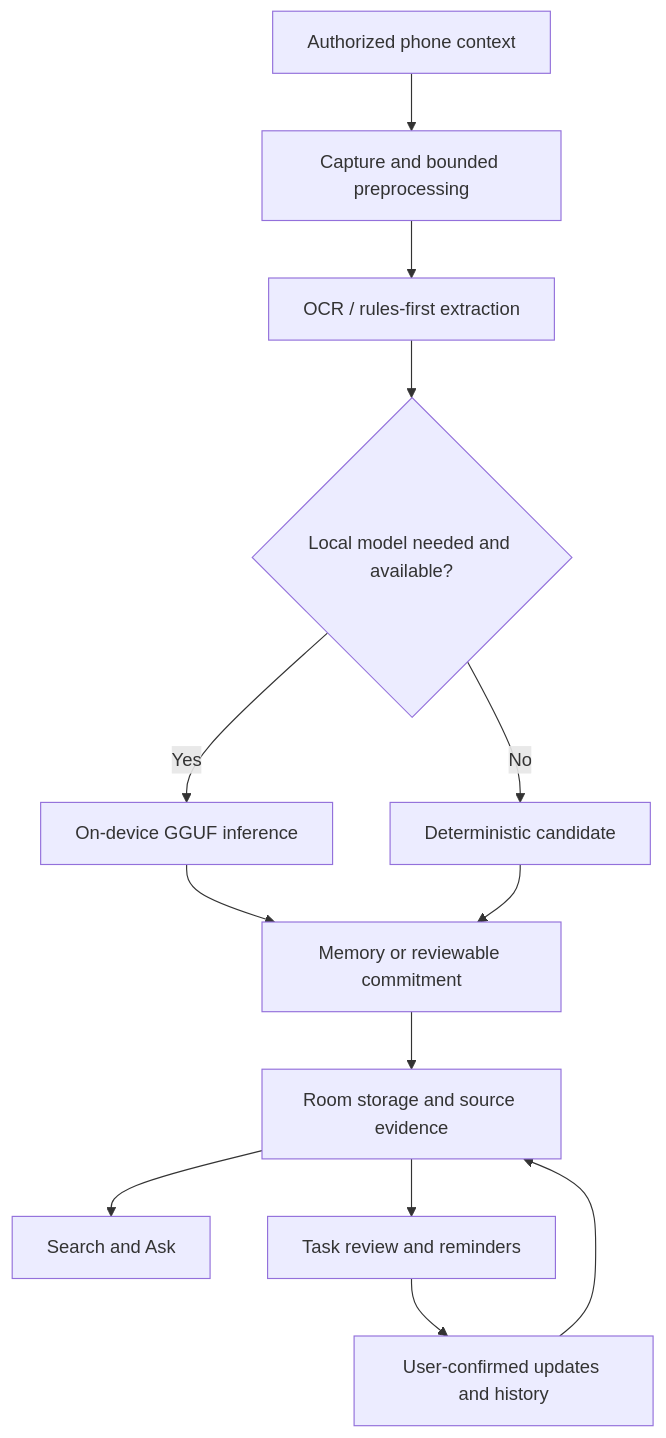
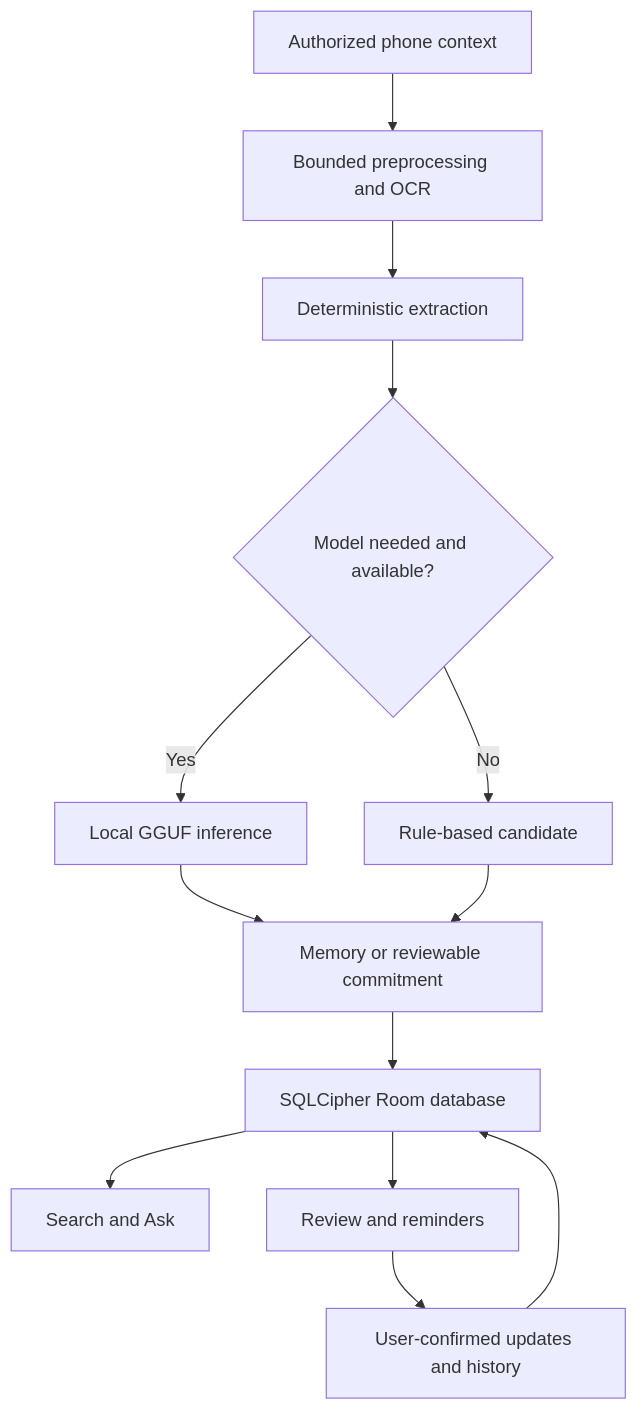
One commit to priyanshuchawda/retenqo-enterprise changed the diagram in README.md. Above: the diagram before and after it, drawn with Mermaid. The commit also changed other lines of this file and 29 other files, not shown here.

````diff
--- a/README.md
+++ b/README.md
@@ -75,15 +41,15 @@
 ```mermaid
 flowchart TD
-    A["Authorized phone context"] --> B["Capture and bounded preprocessing"]
-    B --> C["OCR / rules-first extraction"]
-    C --> D{"Local model needed and available?"}
-    D -->|Yes| E["On-device GGUF inference"]
-    D -->|No| F["Deterministic candidate"]
-    E --> G["Memory or reviewable commitment"]
-    F --> G
-    G --> H["Room storage and source evidence"]
-    H --> I["Search and Ask"]
-    H --> J["Task review and reminders"]
-    J --> K["User-confirmed updates and history"]
-    K --> H
+ A[Authorized phone context] --> B[Bounded preprocessing and OCR]
+ B --> C[Deterministic extraction]
+ C --> D{Model needed and available?}
+ D -->|Yes| E[Local GGUF inference]
+ D -->|No| F[Rule-based candidate]
+ E --> G[Memory or reviewable commitment]
+ F --> G
+ G --> H[SQLCipher Room database]
+ H --> I[Search and Ask]
+ H --> J[Review and reminders]
+ J --> K[User-confirmed updates and history]
+ K --> H
 ```
````
